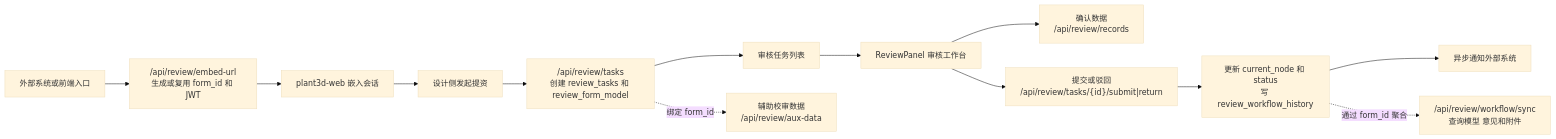
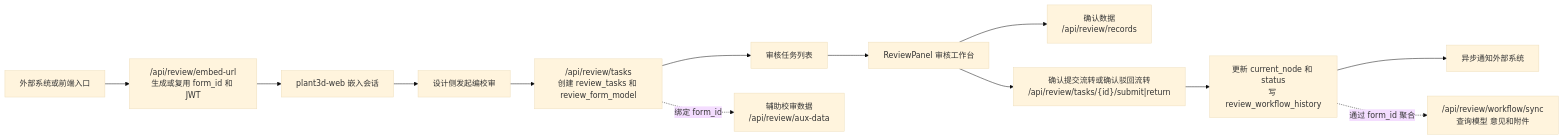
One commit to happyrust/plant3d-web changed the first of 2 diagrams in 开发文档/三维校审/新的三维校审流程简版.md. Above: the diagram before and after it, drawn with Mermaid (base theme). The commit also changed other lines of this file and 106 other files, not shown here.

````diff
--- a/开发文档/三维校审/新的三维校审流程简版.md
+++ b/开发文档/三维校审/新的三维校审流程简版.md
@@ -17,15 +17,15 @@
 ```mermaid
 flowchart LR
     A[外部系统或前端入口] --> B["/api/review/embed-url<br/>生成或复用 form_id 和 JWT"]
     B --> C[plant3d-web 嵌入会话]
-    C --> D[设计侧发起提资]
+    C --> D[设计侧发起编校审]
     D --> E["/api/review/tasks<br/>创建 review_tasks 和 review_form_model"]
     E --> F[审核任务列表]
     F --> G[ReviewPanel 审核工作台]
     G --> H["确认数据<br/>/api/review/records"]
-    G --> I["提交或驳回<br/>/api/review/tasks/{id}/submit|return"]
+    G --> I["确认提交流转或确认驳回流转<br/>/api/review/tasks/{id}/submit|return"]
     I --> J["更新 current_node 和 status<br/>写 review_workflow_history"]
     J --> K[异步通知外部系统]
     E -. 绑定 form_id .-> L["辅助校审数据<br/>/api/review/aux-data"]
     J -. 通过 form_id 聚合 .-> M["/api/review/workflow/sync<br/>查询模型 意见和附件"]
 ```
````
